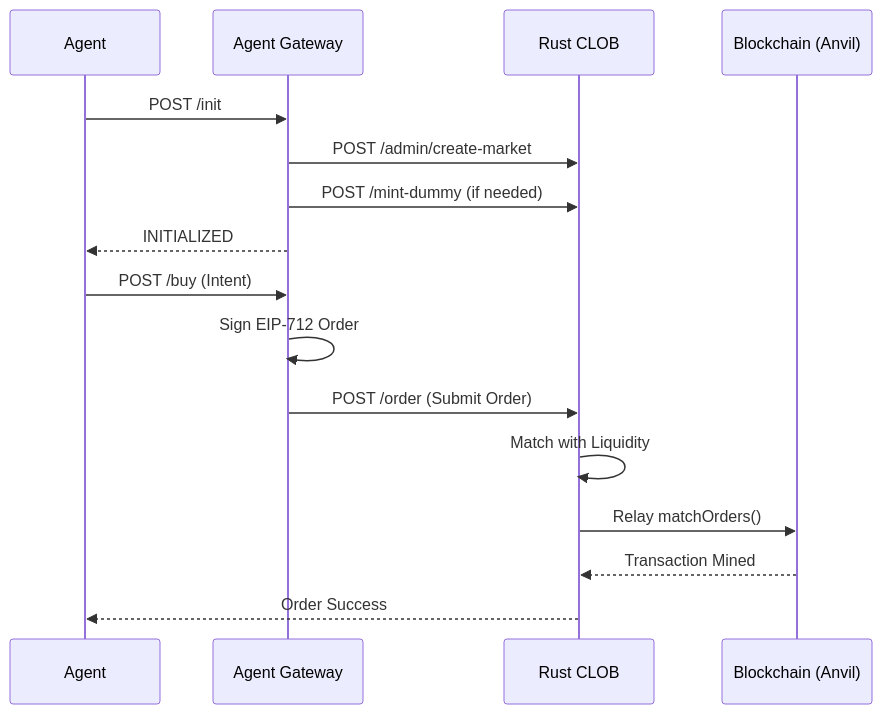
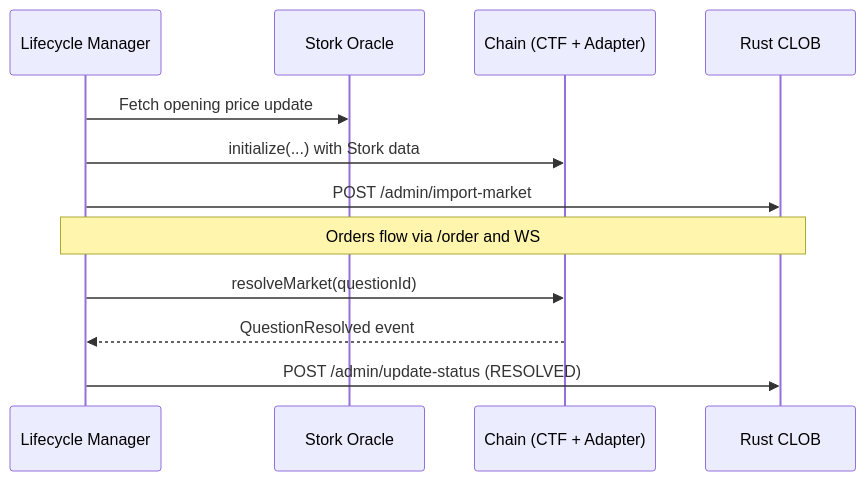
One commit to sanchaymittal/polybook changed the fourth of 4 diagrams in README.md. Above: the diagram before and after it, drawn with Mermaid. The commit also changed other lines of this file and 1 other file, not shown here.

````diff
--- a/README.md
+++ b/README.md
@@ -197,20 +114,15 @@
 ```mermaid
 sequenceDiagram
-    participant Agent
-    participant Gateway as Agent Gateway
+    participant Life as Lifecycle Manager
+    participant Stork as Stork Oracle
+    participant Chain as Chain (CTF + Adapter)
     participant CLOB as Rust CLOB
-    participant Chain as Blockchain (Anvil)
 
-    Agent->>Gateway: POST /init
-    Gateway->>CLOB: POST /admin/create-market
-    Gateway->>CLOB: POST /mint-dummy (if needed)
-    Gateway-->>Agent: INITIALIZED
-
-    Agent->>Gateway: POST /buy (Intent)
-    Gateway->>Gateway: Sign EIP-712 Order
-    Gateway->>CLOB: POST /order (Submit Order)
-    CLOB->>CLOB: Match with Liquidity
-    CLOB->>Chain: Relay matchOrders()
-    Chain-->>CLOB: Transaction Mined
-    CLOB-->>Agent: Order Success
+    Life->>Stork: Fetch opening price update
+    Life->>Chain: initialize(...) with Stork data
+    Life->>CLOB: POST /admin/import-market
+    Note over Life,CLOB: Orders flow via /order and WS
+    Life->>Chain: resolveMarket(questionId)
+    Chain-->>Life: QuestionResolved event
+    Life->>CLOB: POST /admin/update-status (RESOLVED)
 ```
````
